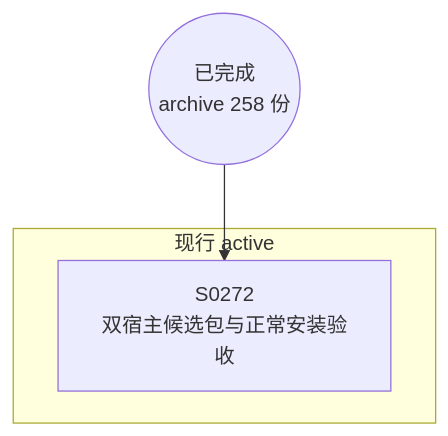
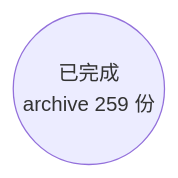
Before and after one commit to Halckon/Koven: the diagram in docs/specs/dependency-graph.md, drawn with Mermaid. The commit also changed other lines of this file and 13 other files, not shown here.

````diff
--- a/docs/specs/dependency-graph.md
+++ b/docs/specs/dependency-graph.md
@@ -9,8 +9,4 @@
 ```mermaid
 flowchart TD
-ARCH(("已完成<br/>archive 258 份"))
-subgraph Gactive["现行 active"]
-  S0272["S0272<br/>双宿主候选包与正常安装验收"]
-end
-ARCH --> S0272
+ARCH(("已完成<br/>archive 259 份"))
 ```
````
